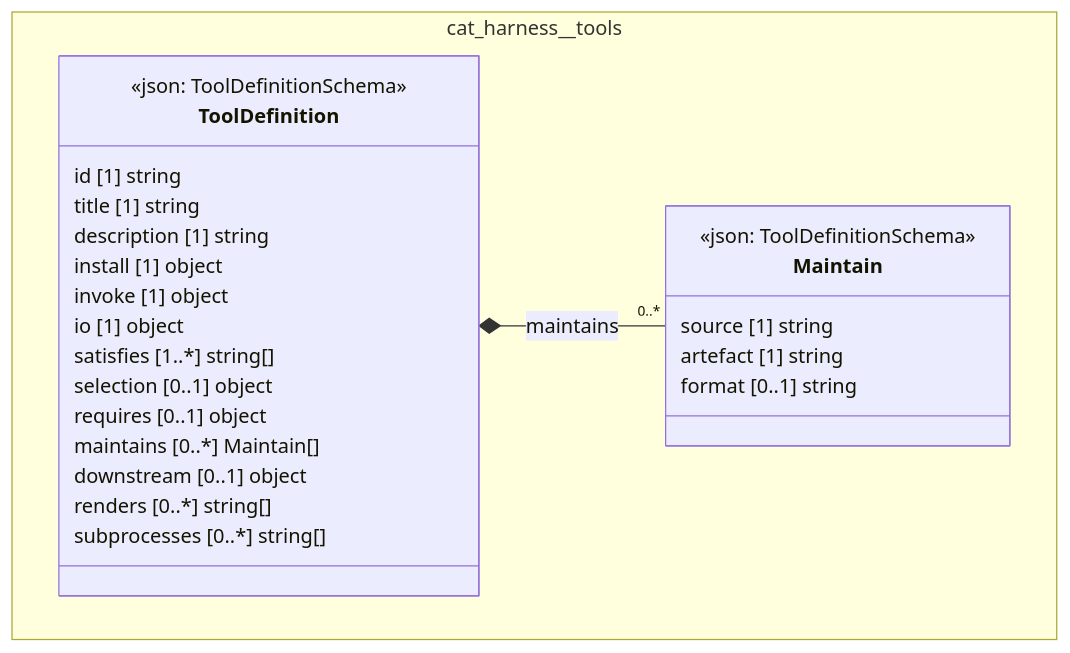
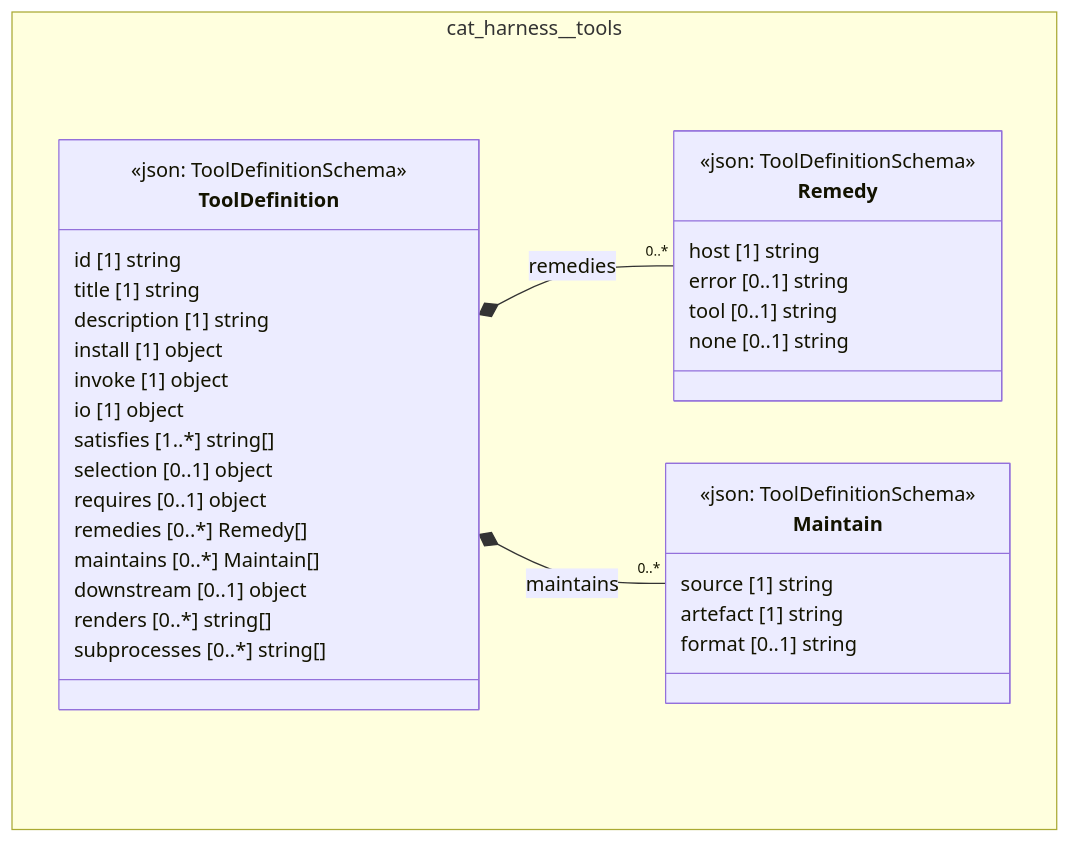
The diagram in cat-harness/docs/uml/overview/cat-harness/tools.md (litlfred/folio-assistant), drawn with Mermaid before and after one commit. The commit also changed 92 other files, not shown here.

First line of the commit message:
tools: `remedies` per host on every network Tool, a gate, and `tools:remedy` lookup (6mk7)

````diff
--- a/cat-harness/docs/uml/overview/cat-harness/tools.md
+++ b/cat-harness/docs/uml/overview/cat-harness/tools.md
@@ -42,31 +42,41 @@
 ```mermaid
 classDiagram
   direction TB
   namespace cat_harness__tools {
+    class cat_harness_tools_Remedy["Remedy"] {
+      <<json: ToolDefinitionSchema>>
+      host [1] string
+      error [0..1] string
+      tool [0..1] string
+      none [0..1] string
+    }
     class cat_harness_tools_Maintain["Maintain"] {
       <<json: ToolDefinitionSchema>>
       source [1] string
       artefact [1] string
       format [0..1] string
     }
     class cat_harness_tools_ToolDefinition["ToolDefinition"] {
       <<json: ToolDefinitionSchema>>
       id [1] string
       title [1] string
       description [1] string
       install [1] object
       invoke [1] object
       io [1] object
       satisfies [1..*] string[]
       selection [0..1] object
       requires [0..1] object
+      remedies [0..*] Remedy[]
       maintains [0..*] Maintain[]
       downstream [0..1] object
       renders [0..*] string[]
       subprocesses [0..*] string[]
     }
   }
+  cat_harness_tools_ToolDefinition *-- "0..*" cat_harness_tools_Remedy : remedies
   cat_harness_tools_ToolDefinition *-- "0..*" cat_harness_tools_Maintain : maintains
+  cssClass "cat_harness_tools_Remedy" fa_uml_kind_tools
   cssClass "cat_harness_tools_Maintain" fa_uml_kind_tools
   cssClass "cat_harness_tools_ToolDefinition" fa_uml_kind_tools
 ```
````
